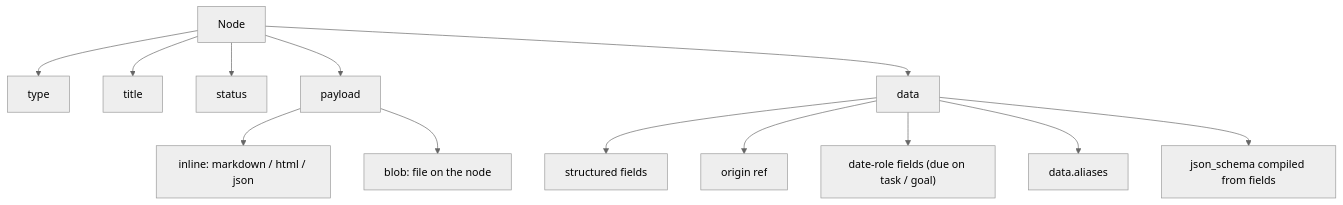
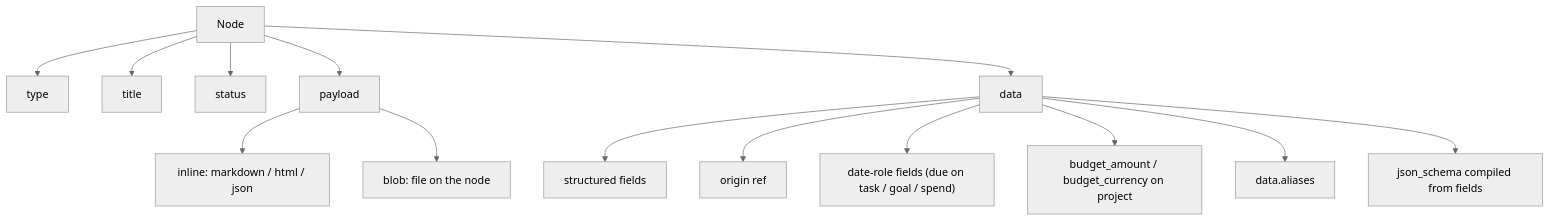
One commit to dgraziosi/foundation changed the third of 10 diagrams in docs/ARCHITECTURE.md. Above: the diagram before and after it, drawn with Mermaid (neutral theme). The commit also changed other lines of this file and 4 other files, not shown here.

First line of the commit message:
Document spend type and project budget fields

````diff
--- a/docs/ARCHITECTURE.md
+++ b/docs/ARCHITECTURE.md
@@ -64,18 +64,19 @@
 ```mermaid
 flowchart TB
   node_box["Node"]
   node_box --> node_type["type"]
   node_box --> node_title["title"]
   node_box --> node_status["status"]
   node_box --> node_payload["payload"]
   node_box --> node_data["data"]
 
   node_payload --> inline["inline: markdown / html / json"]
   node_payload --> blob_on_node["blob: file on the node"]
 
   node_data --> structured["structured fields"]
   node_data --> origin["origin ref"]
-  node_data --> due["date-role fields (due on task / goal)"]
+  node_data --> due["date-role fields (due on task / goal / spend)"]
+  node_data --> budget["budget_amount / budget_currency on project"]
   node_data --> aliases["data.aliases"]
   node_data --> schema["json_schema compiled from fields"]
 ```
````
